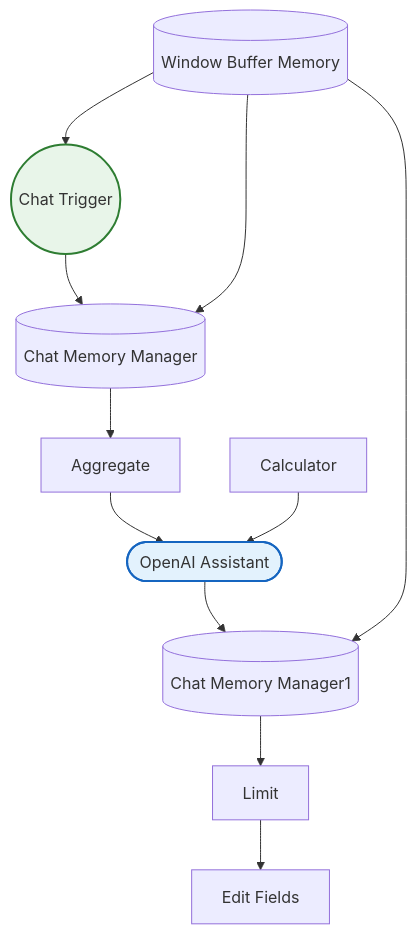
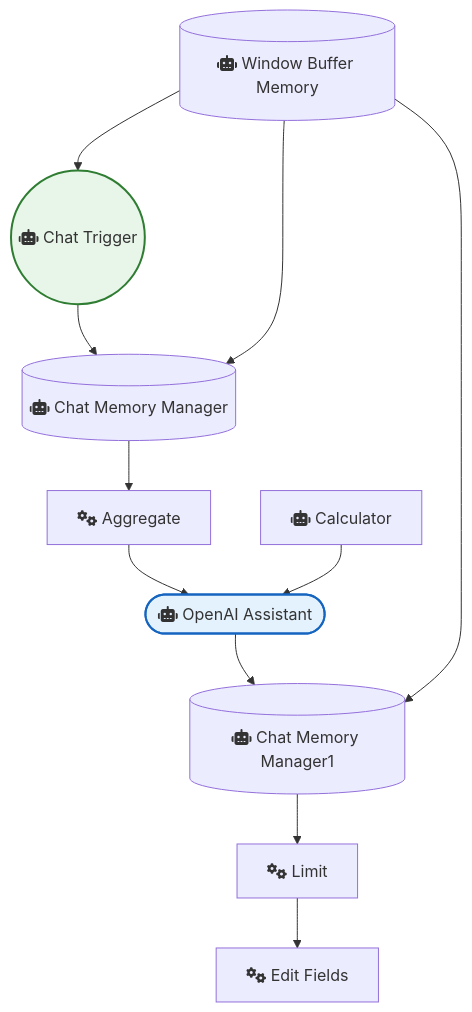
The diagram in OpenAI_and_LLMs/Chat with Openai Assistant By Adding a Memory.md (sreyash3105/N8N-DEMO-AUTOMATIONS), drawn with Mermaid before and after one commit. The commit also changed 291 other files, not shown here.

````diff
--- a/OpenAI_and_LLMs/Chat with Openai Assistant By Adding a Memory.md
+++ b/OpenAI_and_LLMs/Chat with Openai Assistant By Adding a Memory.md
@@ -1,27 +1,27 @@
 ```mermaid
 graph TD
     classDef trigger fill:#e8f5e9,stroke:#2e7d32,stroke-width:2px;
     classDef ai fill:#e3f2fd,stroke:#1565c0,stroke-width:2px;
     classDef logic fill:#fff3e0,stroke:#ef6c00,stroke-width:2px;
 
-    OpenAI_Assistant(["OpenAI Assistant"]):::ai
-    Calculator["Calculator"]
-    Chat_Memory_Manager[("Chat Memory Manager")]
-    Chat_Memory_Manager1[("Chat Memory Manager1")]
-    Aggregate["Aggregate"]
-    Edit_Fields["Edit Fields"]
-    Limit["Limit"]
-    Chat_Trigger(("Chat Trigger")):::trigger
-    Window_Buffer_Memory[("Window Buffer Memory")]
+    OpenAI_Assistant(["fas:fa-robot OpenAI Assistant"]):::ai
+    Calculator["fas:fa-robot Calculator"]
+    Chat_Memory_Manager[("fas:fa-robot Chat Memory Manager")]
+    Chat_Memory_Manager1[("fas:fa-robot Chat Memory Manager1")]
+    Aggregate["fas:fa-cogs Aggregate"]
+    Edit_Fields["fas:fa-cogs Edit Fields"]
+    Limit["fas:fa-cogs Limit"]
+    Chat_Trigger(("fas:fa-robot Chat Trigger")):::trigger
+    Window_Buffer_Memory[("fas:fa-robot Window Buffer Memory")]
 
     Limit --> Edit_Fields
     Aggregate --> OpenAI_Assistant
     Calculator --> OpenAI_Assistant
     Chat_Trigger --> Chat_Memory_Manager
     OpenAI_Assistant --> Chat_Memory_Manager1
     Chat_Memory_Manager --> Aggregate
     Chat_Memory_Manager1 --> Limit
     Window_Buffer_Memory --> Chat_Trigger
     Window_Buffer_Memory --> Chat_Memory_Manager
     Window_Buffer_Memory --> Chat_Memory_Manager1
 ```
````
